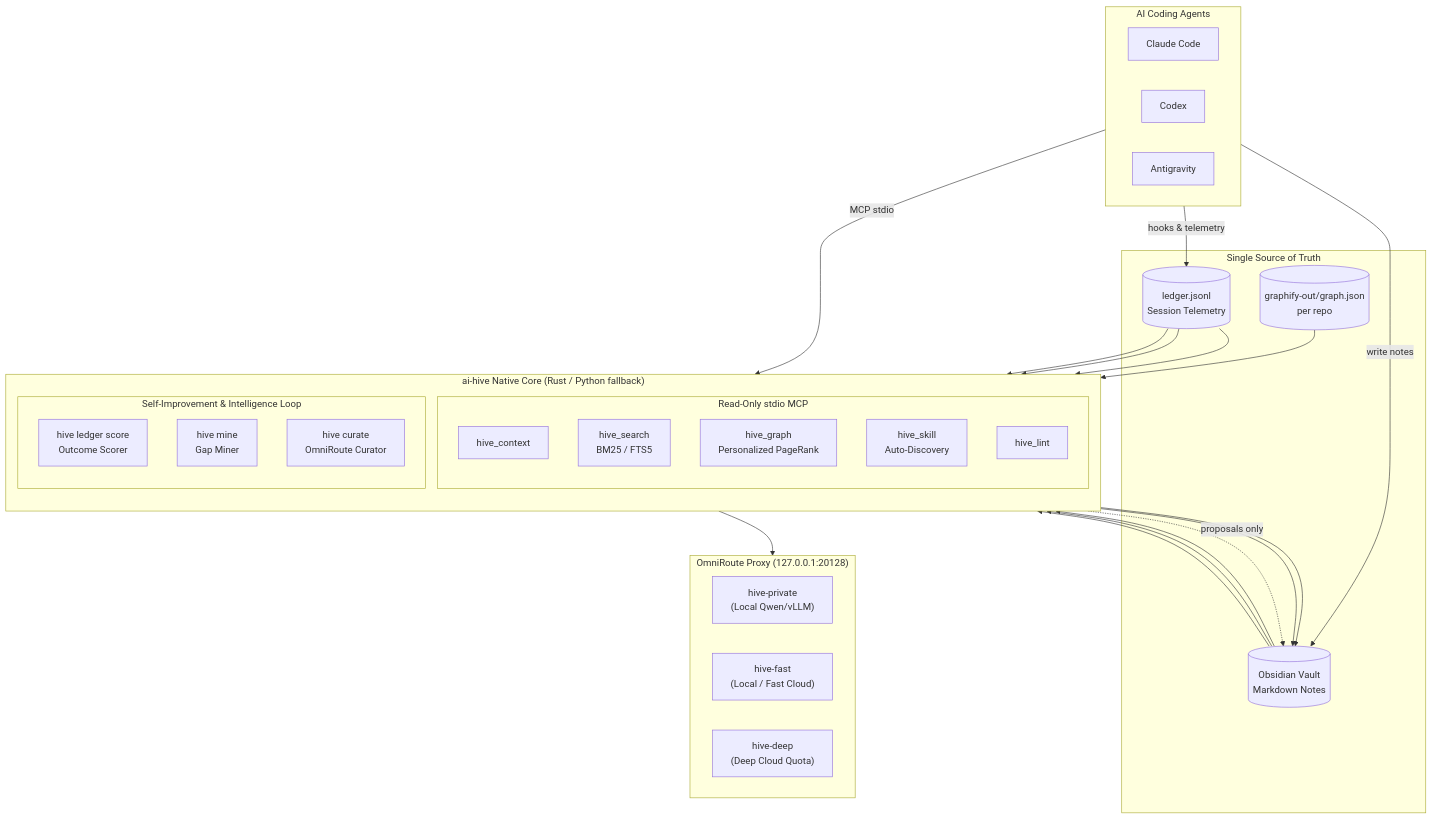
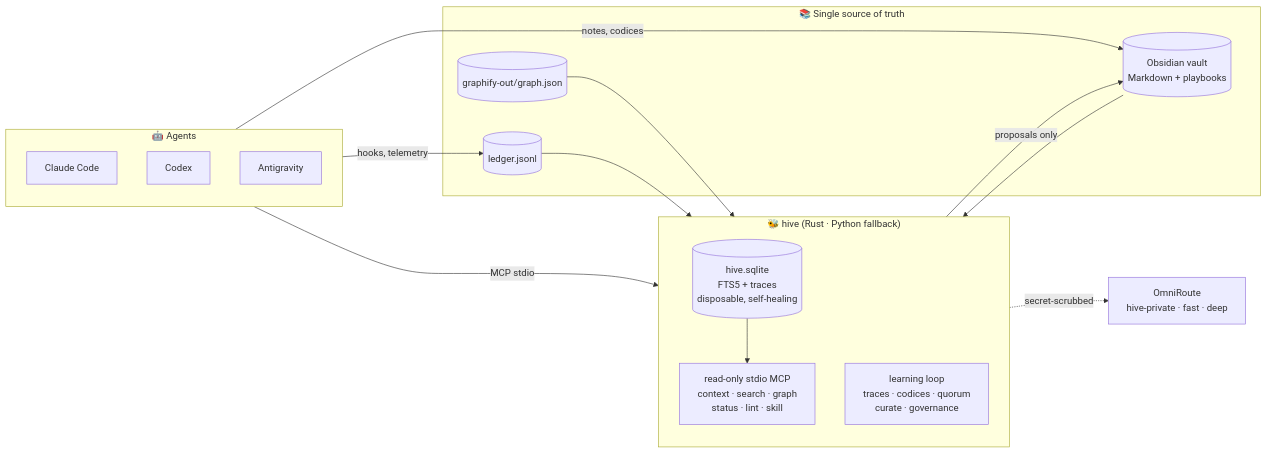
Before and after one commit to 4LPH7/Ai-hive: the second of 2 diagrams in README.md, drawn with Mermaid. The commit also changed other lines of this file and 67 other files, not shown here.

````diff
--- a/README.md
+++ b/README.md
@@ -14,47 +104,32 @@
 ```mermaid
-flowchart TD
-    subgraph Agents["AI Coding Agents"]
+flowchart LR
+    subgraph Agents["🤖 Agents"]
         CC["Claude Code"]
         CX["Codex"]
         AG["Antigravity"]
     end
 
-    subgraph NativeCore["ai-hive Native Core (Rust / Python fallback)"]
+    subgraph Hive["🐝 hive (Rust · Python fallback)"]
         direction TB
-        subgraph MCP["Read-Only stdio MCP"]
-            CTX["hive_context"]
-            S["hive_search<br/>BM25 / FTS5"]
-            G["hive_graph<br/>Personalized PageRank"]
-            SK["hive_skill<br/>Auto-Discovery"]
-            L["hive_lint"]
-        end
-        subgraph Intelligence["Self-Improvement & Intelligence Loop"]
-            SC["hive ledger score<br/>Outcome Scorer"]
-            MN["hive mine<br/>Gap Miner"]
-            CR["hive curate<br/>OmniRoute Curator"]
-        end
+        MCP["read-only stdio MCP<br/>context · search · graph<br/>status · lint · skill"]
+        LOOP["learning loop<br/>traces · codices · quorum<br/>curate · governance"]
+        IDX[("hive.sqlite<br/>FTS5 + traces<br/>disposable, self-healing")]
     end
 
-    subgraph Storage["Single Source of Truth"]
-        V[("Obsidian Vault<br/>Markdown Notes")]
-        GJ[("graphify-out/graph.json<br/>per repo")]
-        LD[("ledger.jsonl<br/>Session Telemetry")]
+    subgraph Truth["📚 Single source of truth"]
+        V[("Obsidian vault<br/>Markdown + playbooks")]
+        GJ[("graphify-out/graph.json")]
+        LD[("ledger.jsonl")]
     end
 
-    subgraph Inference["OmniRoute Proxy (127.0.0.1:20128)"]
-        HP["hive-private<br/>(Local Qwen/vLLM)"]
-        HF["hive-fast<br/>(Local / Fast Cloud)"]
-        HD["hive-deep<br/>(Deep Cloud Quota)"]
-    end
+    LLM["OmniRoute<br/>hive-private · fast · deep"]
 
-    Agents -- MCP stdio --> MCP
-    Agents -- write notes --> V
-    Agents -- hooks & telemetry --> LD
-    V --> S
-    GJ --> G
-    V --> L
-    LD --> SC --> V
-    LD --> MN --> V
-    V & LD --> CR --> Inference
-    CR -. proposals only .-> V
+    Agents -- "MCP stdio" --> MCP
+    Agents -- "notes, codices" --> V
+    Agents -- "hooks, telemetry" --> LD
+    V --> IDX --> MCP
+    GJ --> MCP
+    LD --> LOOP
+    LOOP -- "proposals only" --> V
+    LOOP -. "secret-scrubbed" .-> LLM
 ```
````
